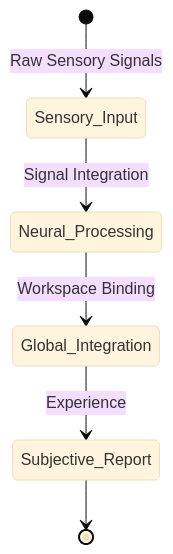
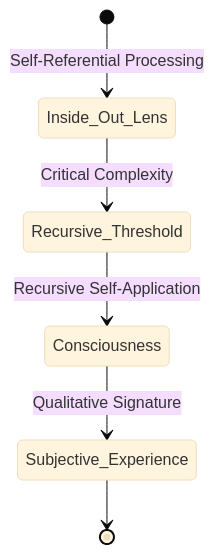
One commit to Staphylococcus/brain-from-brane changed the diagram in docs/01-pattern-realism/1b-emergence-of-consciousness.md. Above: the diagram before and after it, drawn with Mermaid (base theme). The commit also changed other lines of this file, not shown here.

First line of the commit message:
Rebuild Section 1.b around recursiveness as consciousness

````diff
--- a/docs/01-pattern-realism/1b-emergence-of-consciousness.md
+++ b/docs/01-pattern-realism/1b-emergence-of-consciousness.md
@@ -6,8 +6,8 @@
 ```mermaid
 stateDiagram-v2
-  [*] --> Sensory_Input: Raw Sensory Signals
-  Sensory_Input --> Neural_Processing: Signal Integration
-  Neural_Processing --> Global_Integration: Workspace Binding
-  Global_Integration --> Subjective_Report: Experience
-  Subjective_Report --> [*]
+  [*] --> Inside_Out_Lens: Self-Referential Processing
+  Inside_Out_Lens --> Recursive_Threshold: Critical Complexity
+  Recursive_Threshold --> Consciousness: Recursive Self-Application
+  Consciousness --> Subjective_Experience: Qualitative Signature
+  Subjective_Experience --> [*]
 ```
````
